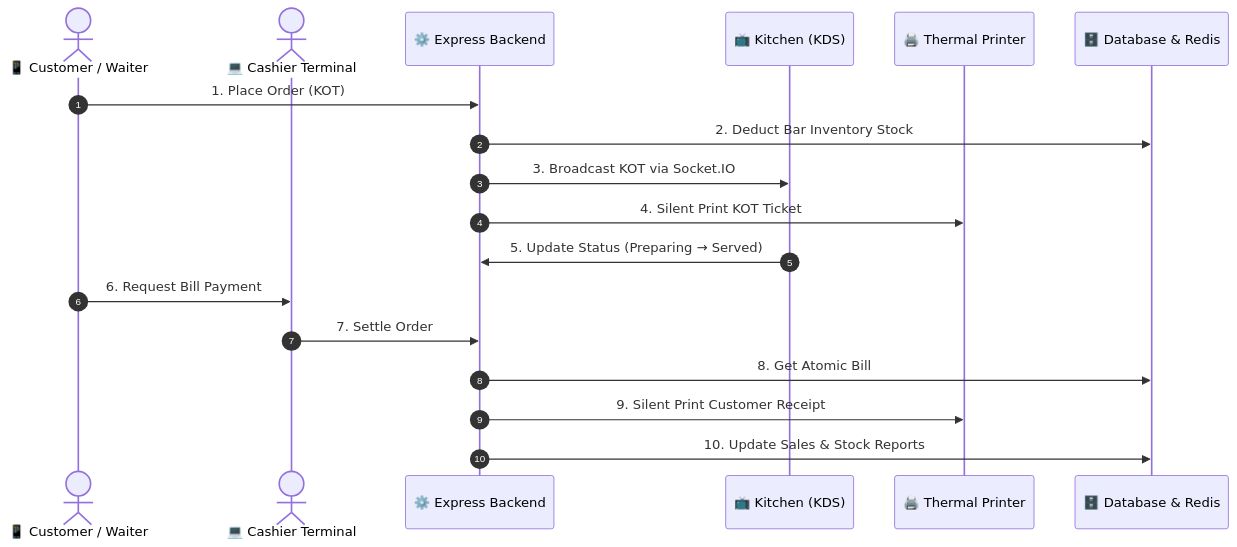
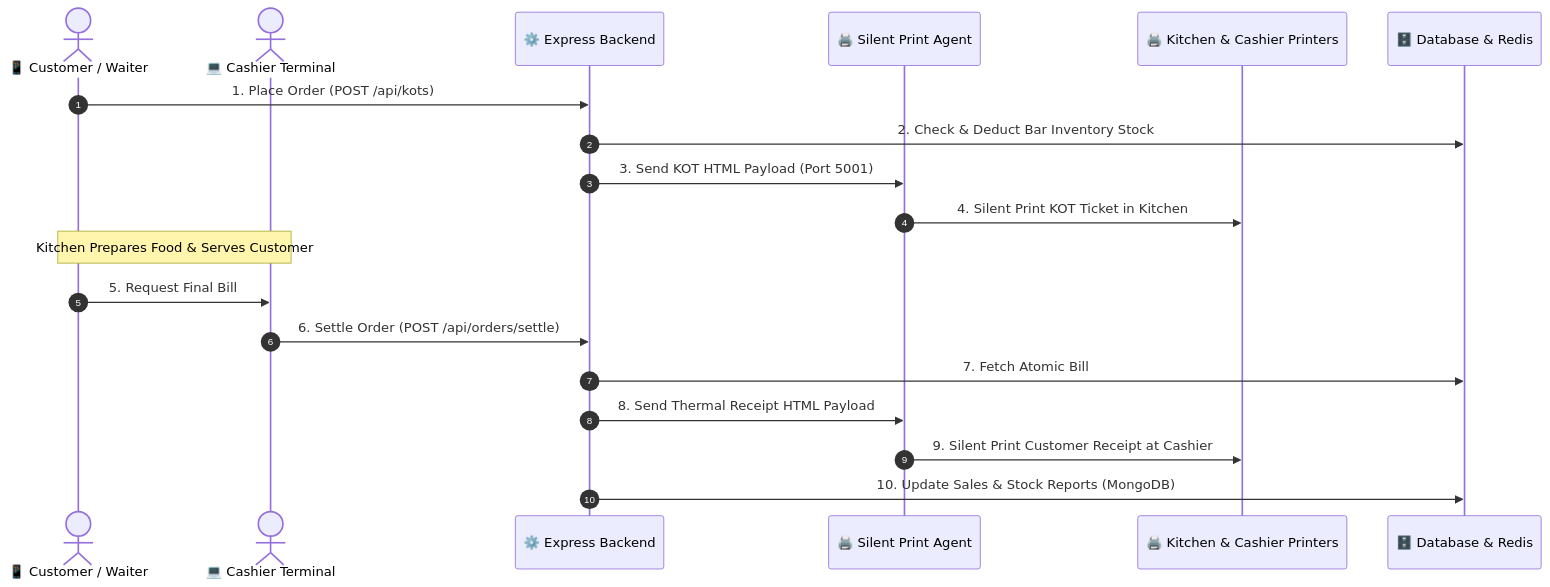
One commit to trooooperr/HumTum-POS changed the third of 4 diagrams in README.md. Above: the diagram before and after it, drawn with Mermaid. The commit also changed other lines of this file, not shown here.

Commit message:
docs: update diagrams for direct silent KOT printer flow to kitchen

````diff
--- a/README.md
+++ b/README.md
@@ -92,23 +93,24 @@
 ```mermaid
 sequenceDiagram
     autonumber
     actor Customer as 📱 Customer / Waiter
     actor Cashier as 💻 Cashier Terminal
     participant Server as ⚙️ Express Backend
-    participant KDS as 📺 Kitchen (KDS)
-    participant Printer as 🖨️ Thermal Printer
+    participant PrintAgent as 🖨️ Silent Print Agent
+    participant Printer as 🖨️ Kitchen & Cashier Printers
     participant DB as 🗄️ Database & Redis
 
-    Customer->>Server: 1. Place Order (KOT)
-    Server->>DB: 2. Deduct Bar Inventory Stock
-    Server->>KDS: 3. Broadcast KOT via Socket.IO
-    Server->>Printer: 4. Silent Print KOT Ticket
+    Customer->>Server: 1. Place Order (POST /api/kots)
+    Server->>DB: 2. Check & Deduct Bar Inventory Stock
+    Server->>PrintAgent: 3. Send KOT HTML Payload (Port 5001)
+    PrintAgent->>Printer: 4. Silent Print KOT Ticket in Kitchen
     
-    KDS->>Server: 5. Update Status (Preparing → Served)
+    Note over Customer, Cashier: Kitchen Prepares Food & Serves Customer
     
-    Customer->>Cashier: 6. Request Bill Payment
-    Cashier->>Server: 7. Settle Order
-    Server->>DB: 8. Get Atomic Bill # & Deduct Delta Stock
-    Server->>Printer: 9. Silent Print Customer Receipt
-    Server->>DB: 10. Update Sales & Stock Reports
+    Customer->>Cashier: 5. Request Final Bill
+    Cashier->>Server: 6. Settle Order (POST /api/orders/settle)
+    Server->>DB: 7. Fetch Atomic Bill # (Redis) & Deduct Delta Stock
+    Server->>PrintAgent: 8. Send Thermal Receipt HTML Payload
+    PrintAgent->>Printer: 9. Silent Print Customer Receipt at Cashier
+    Server->>DB: 10. Update Sales & Stock Reports (MongoDB)
 ```
````
